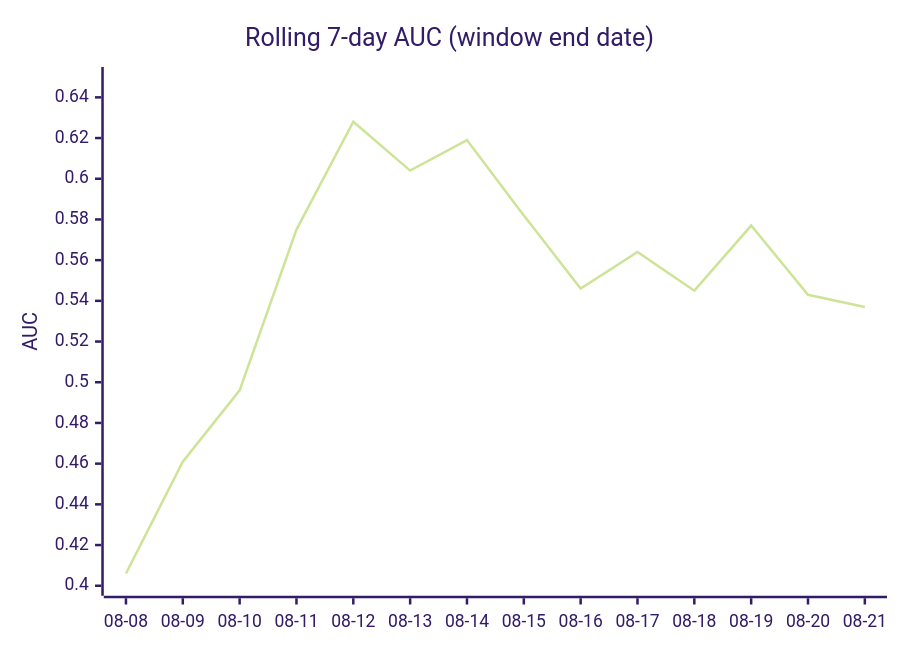
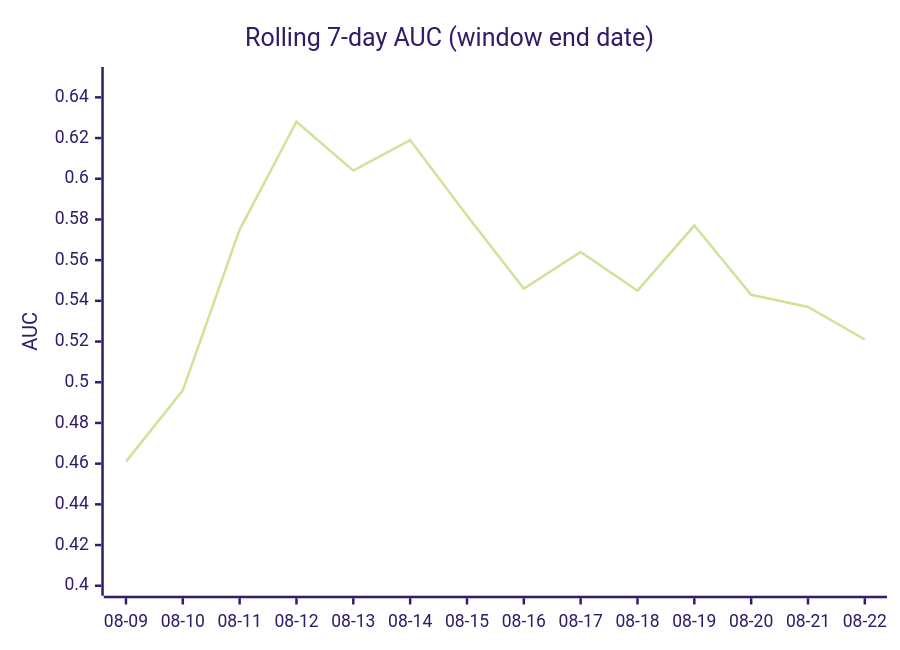
The third of 4 diagrams in DAILY_AGSU_REPORT.md (dpk1212/nhl-savant), drawn with Mermaid (forest theme) before and after one commit. The commit also changed other lines of this file, not shown here.

````diff
--- a/DAILY_AGSU_REPORT.md
+++ b/DAILY_AGSU_REPORT.md
@@ -840,7 +833,7 @@
 ```mermaid
 xychart-beta
     title "Rolling 7-day AUC (window end date)"
-    x-axis ["08-08", "08-09", "08-10", "08-11", "08-12", "08-13", "08-14", "08-15", "08-16", "08-17", "08-18", "08-19", "08-20", "08-21"]
+    x-axis ["08-09", "08-10", "08-11", "08-12", "08-13", "08-14", "08-15", "08-16", "08-17", "08-18", "08-19", "08-20", "08-21", "08-22"]
     y-axis "AUC" 0.4 --> 0.65
-    line [0.406, 0.461, 0.496, 0.575, 0.628, 0.604, 0.619, 0.582, 0.546, 0.564, 0.545, 0.577, 0.543, 0.537]
+    line [0.461, 0.496, 0.575, 0.628, 0.604, 0.619, 0.582, 0.546, 0.564, 0.545, 0.577, 0.543, 0.537, 0.521]
 ```
````
